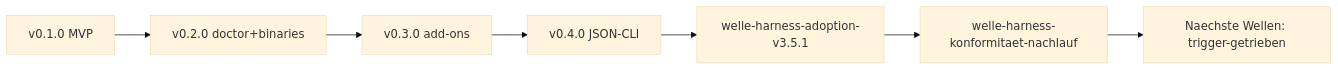
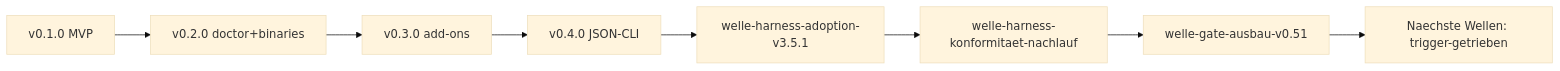
One commit to pt9912/u-boot changed the diagram in docs/plan/planning/in-progress/roadmap.md. Above: the diagram before and after it, drawn with Mermaid (base theme). The commit also changed other lines of this file and 4 other files, not shown here.

First line of the commit message:
harness: Welle Gate-Ausbau eroeffnet, 4 Slice-Plaene gestubbt

````diff
--- a/docs/plan/planning/in-progress/roadmap.md
+++ b/docs/plan/planning/in-progress/roadmap.md
@@ -78,12 +92,13 @@
 ```mermaid
 flowchart LR
     V1[v0.1.0 MVP]
     V2[v0.2.0 doctor+binaries]
     V3[v0.3.0 add-ons]
     V4[v0.4.0 JSON-CLI]
     H[welle-harness-adoption-v3.5.1]
     K[welle-harness-konformitaet-nachlauf]
+    G[welle-gate-ausbau-v0.51]
     N[Naechste Wellen: trigger-getrieben]
 
-    V1 --> V2 --> V3 --> V4 --> H --> K --> N
+    V1 --> V2 --> V3 --> V4 --> H --> K --> G --> N
 ```
````
